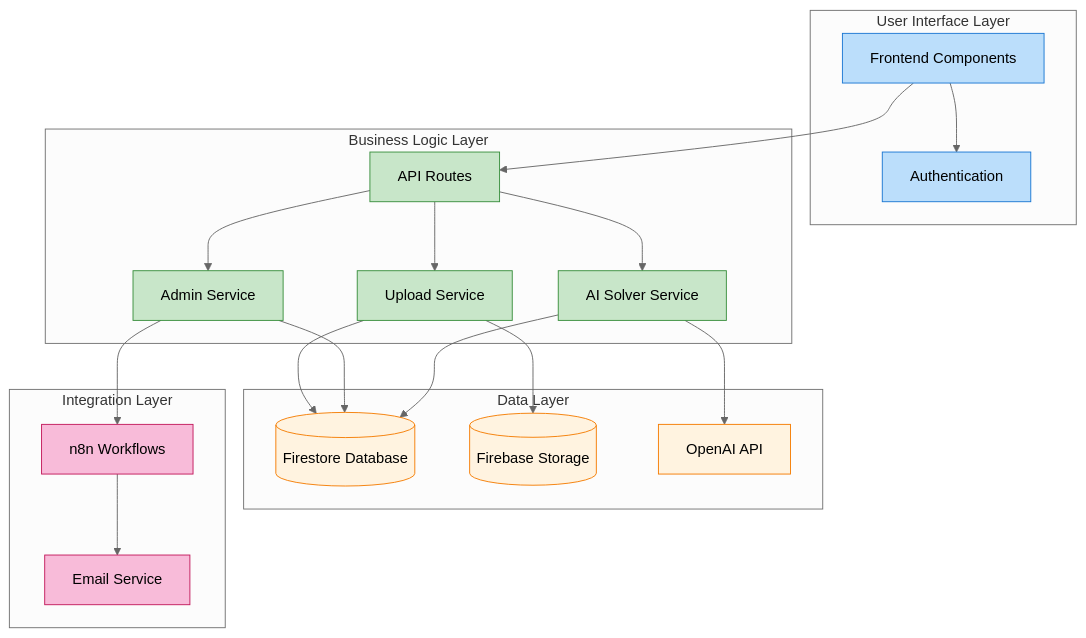
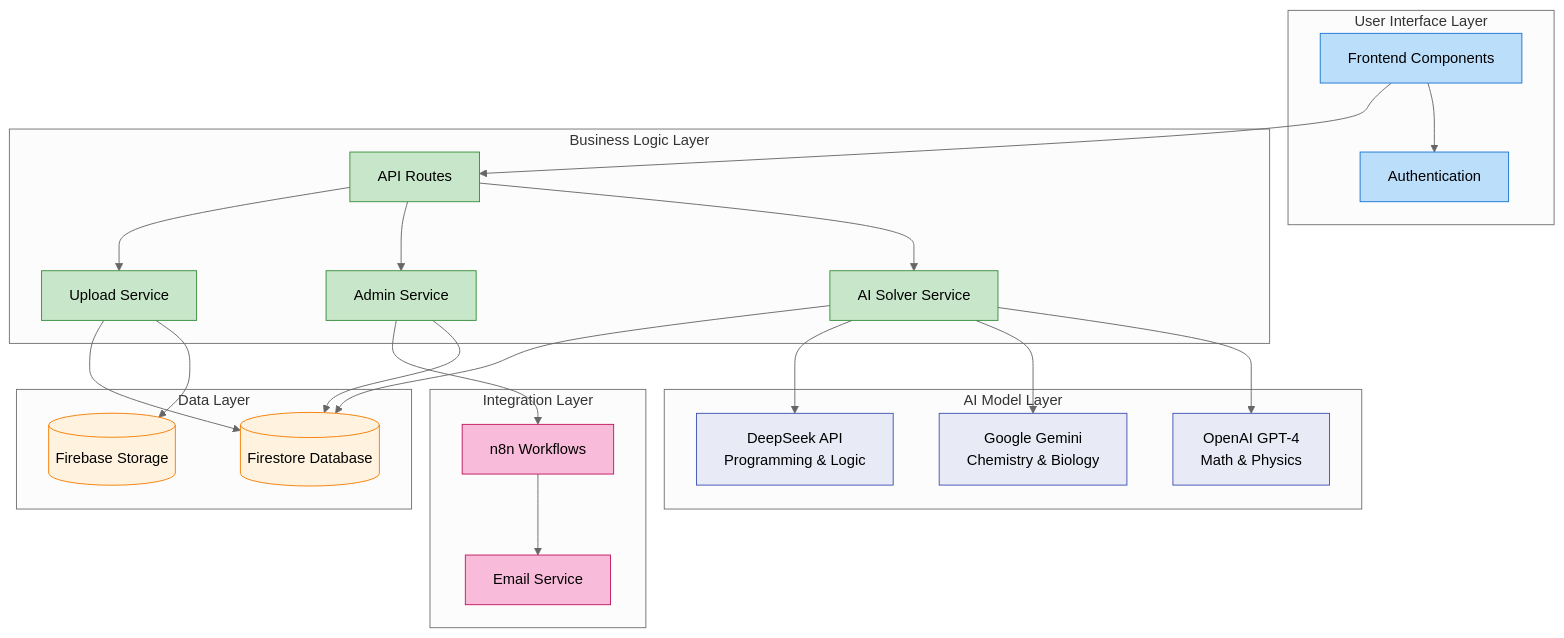
One commit to eason034056/tutor-matching changed the second of 4 diagrams in README.md. Above: the diagram before and after it, drawn with Mermaid (neutral theme). The commit also changed other lines of this file, not shown here.

````diff
--- a/README.md
+++ b/README.md
@@ -97,55 +98,64 @@
 ```mermaid
 graph TD
     subgraph "User Interface Layer"
         UI[Frontend Components]
         Auth[Authentication]
     end
     
     subgraph "Business Logic Layer"
         API[API Routes]
         Solver[AI Solver Service]
         Admin[Admin Service]
         Upload[Upload Service]
     end
     
     subgraph "Data Layer"
         DB[(Firestore Database)]
         Storage[(Firebase Storage)]
-        AI[OpenAI API]
+    end
+    
+    subgraph "AI Model Layer"
+        OpenAI[OpenAI GPT-4<br/>Math & Physics]
+        Gemini[Google Gemini<br/>Chemistry & Biology]
+        DeepSeek[DeepSeek API<br/>Programming & Logic]
     end
     
     subgraph "Integration Layer"
         N8N[n8n Workflows]
         Email[Email Service]
     end
     
     %% Clean connections
     UI --> Auth
     UI --> API
     
     API --> Solver
     API --> Admin  
     API --> Upload
     
-    Solver --> AI
+    Solver --> OpenAI
+    Solver --> Gemini
+    Solver --> DeepSeek
     Solver --> DB
     
     Admin --> DB
     Admin --> N8N
     
     Upload --> Storage
     Upload --> DB
     
     N8N --> Email
     
-    %% Styling
-    classDef ui fill:#bbdefb,stroke:#1976d2
-    classDef logic fill:#c8e6c9,stroke:#388e3c
-    classDef data fill:#fff3e0,stroke:#f57c00
-    classDef integration fill:#f8bbd9,stroke:#c2185b
+    %% Styling with black text
+    classDef ui fill:#bbdefb,stroke:#1976d2,color:#000
+    classDef logic fill:#c8e6c9,stroke:#388e3c,color:#000
+    classDef data fill:#fff3e0,stroke:#f57c00,color:#000
+    classDef ai fill:#e8eaf6,stroke:#3f51b5,color:#000
+    classDef integration fill:#f8bbd9,stroke:#c2185b,color:#000
     
     class UI,Auth ui
     class API,Solver,Admin,Upload logic
-    class DB,Storage,AI data
+    class DB,Storage data
+    class OpenAI,Gemini,DeepSeek ai
     class N8N,Email integration
 ```
````
